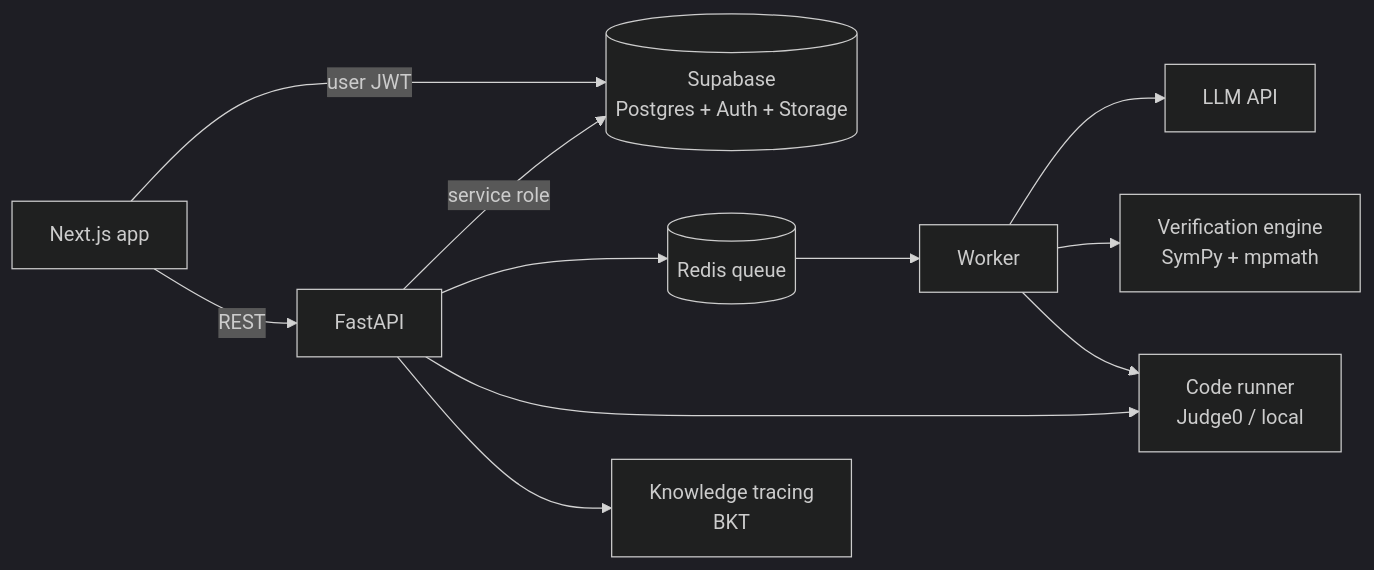
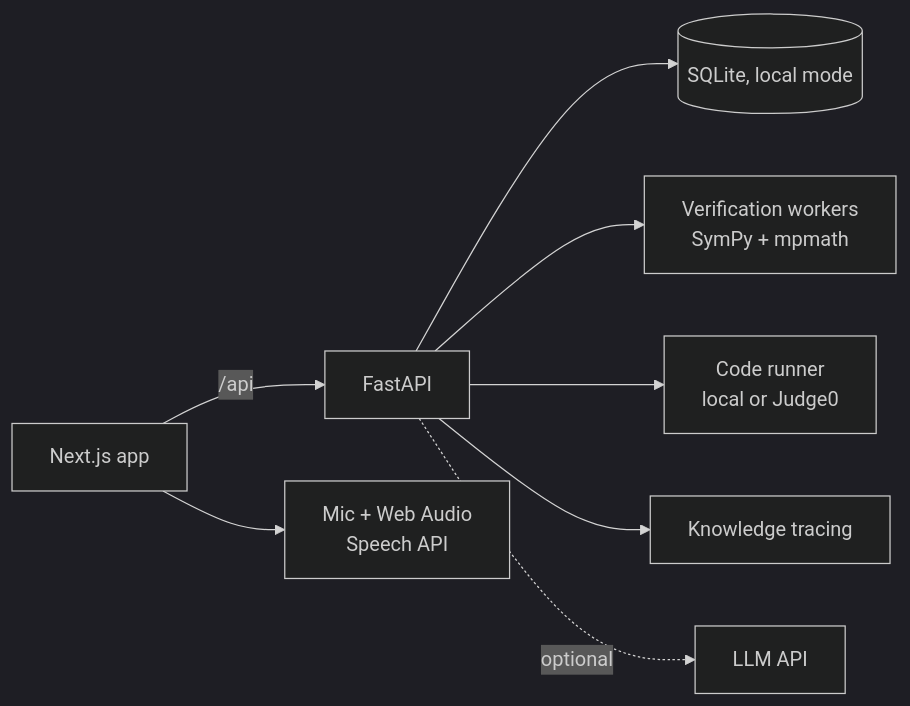
The diagram in README.md (Samir-Saha/Capstone-Project), drawn with Mermaid (dark theme) before and after one commit. The commit also changed other lines of this file and 43 other files, not shown here.

First line of the commit message:
Game-style web app for all three modes

````diff
--- a/README.md
+++ b/README.md
@@ -26,13 +37,10 @@
 ```mermaid
 flowchart LR
-  web[Next.js app] -->|user JWT| sb[(Supabase<br/>Postgres + Auth + Storage)]
-  web -->|REST| api[FastAPI]
-  api -->|service role| sb
-  api --> q[(Redis queue)]
-  q --> worker[Worker]
-  worker --> llm[LLM API]
-  worker --> verify[Verification engine<br/>SymPy + mpmath]
-  api --> runner[Code runner<br/>Judge0 / local]
-  worker --> runner
-  api --> bkt[Knowledge tracing<br/>BKT]
+  browser[Next.js app] -->|/api| api[FastAPI]
+  api --> store[(SQLite, local mode)]
+  api --> pool[Verification workers<br/>SymPy + mpmath]
+  api --> runner[Code runner<br/>local or Judge0]
+  api --> bkt[Knowledge tracing]
+  api -.optional.-> llm[LLM API]
+  browser --> mic[Mic + Web Audio<br/>Speech API]
 ```
````
